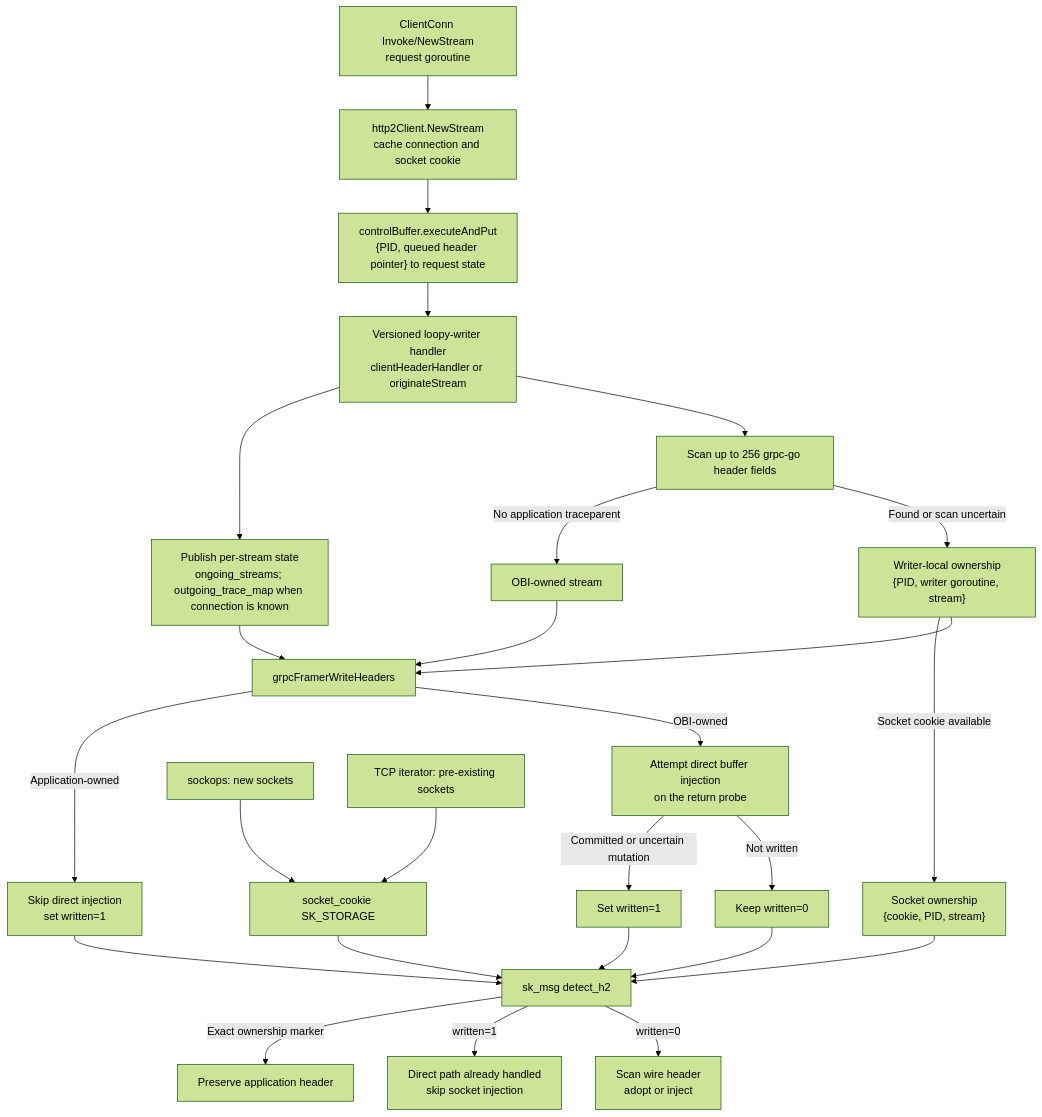
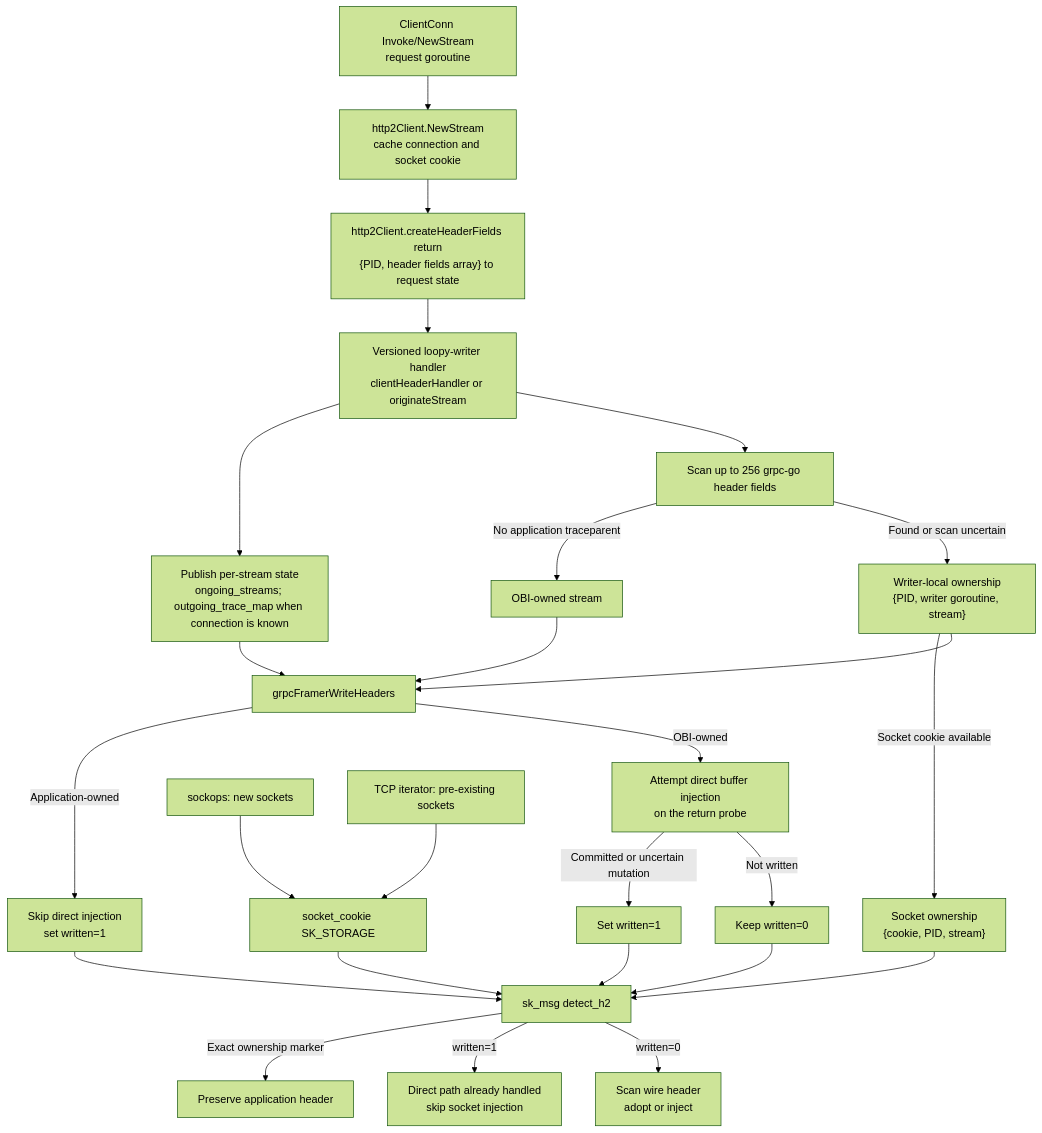
One commit to open-telemetry/opentelemetry-ebpf-instrumentation changed the diagram in devdocs/grpc-context-propagation.md. Above: the diagram before and after it, drawn with Mermaid (forest theme). The commit also changed other lines of this file and 5 other files, not shown here.

````diff
--- a/devdocs/grpc-context-propagation.md
+++ b/devdocs/grpc-context-propagation.md
@@ -75,32 +75,32 @@
 ```mermaid
 flowchart TD
     A["ClientConn Invoke/NewStream<br/>request goroutine"] --> B["http2Client.NewStream<br/>cache connection and socket cookie"]
-    B --> C["controlBuffer.executeAndPut<br/>{PID, queued header pointer} to request state"]
+    B --> C["http2Client.createHeaderFields return<br/>{PID, header fields array} to request state"]
     C --> D["Versioned loopy-writer handler<br/>clientHeaderHandler or originateStream"]
 
     D --> E["Publish per-stream state<br/>ongoing_streams; outgoing_trace_map when connection is known"]
     D --> F["Scan up to 256 grpc-go header fields"]
     F -->|No application traceparent| G["OBI-owned stream"]
     F -->|Found or scan uncertain| H["Writer-local ownership<br/>{PID, writer goroutine, stream}"]
     H -->|Socket cookie available| I["Socket ownership<br/>{cookie, PID, stream}"]
 
     E --> J["grpcFramerWriteHeaders"]
     G --> J
     H --> J
     J -->|Application-owned| K["Skip direct injection<br/>set written=1"]
     J -->|OBI-owned| L["Attempt direct buffer injection<br/>on the return probe"]
     L -->|Committed or uncertain mutation| M["Set written=1"]
     L -->|Not written| N["Keep written=0"]
 
     I --> O["sk_msg detect_h2"]
     K --> O
     M --> O
     N --> O
     O -->|Exact ownership marker| P["Preserve application header"]
     O -->|written=1| Q["Direct path already handled<br/>skip socket injection"]
     O -->|written=0| R["Scan wire header<br/>adopt or inject"]
 
     S["sockops: new sockets"] --> U["socket_cookie SK_STORAGE"]
     T["TCP iterator: pre-existing sockets"] --> U
     U --> O
 ```
````
